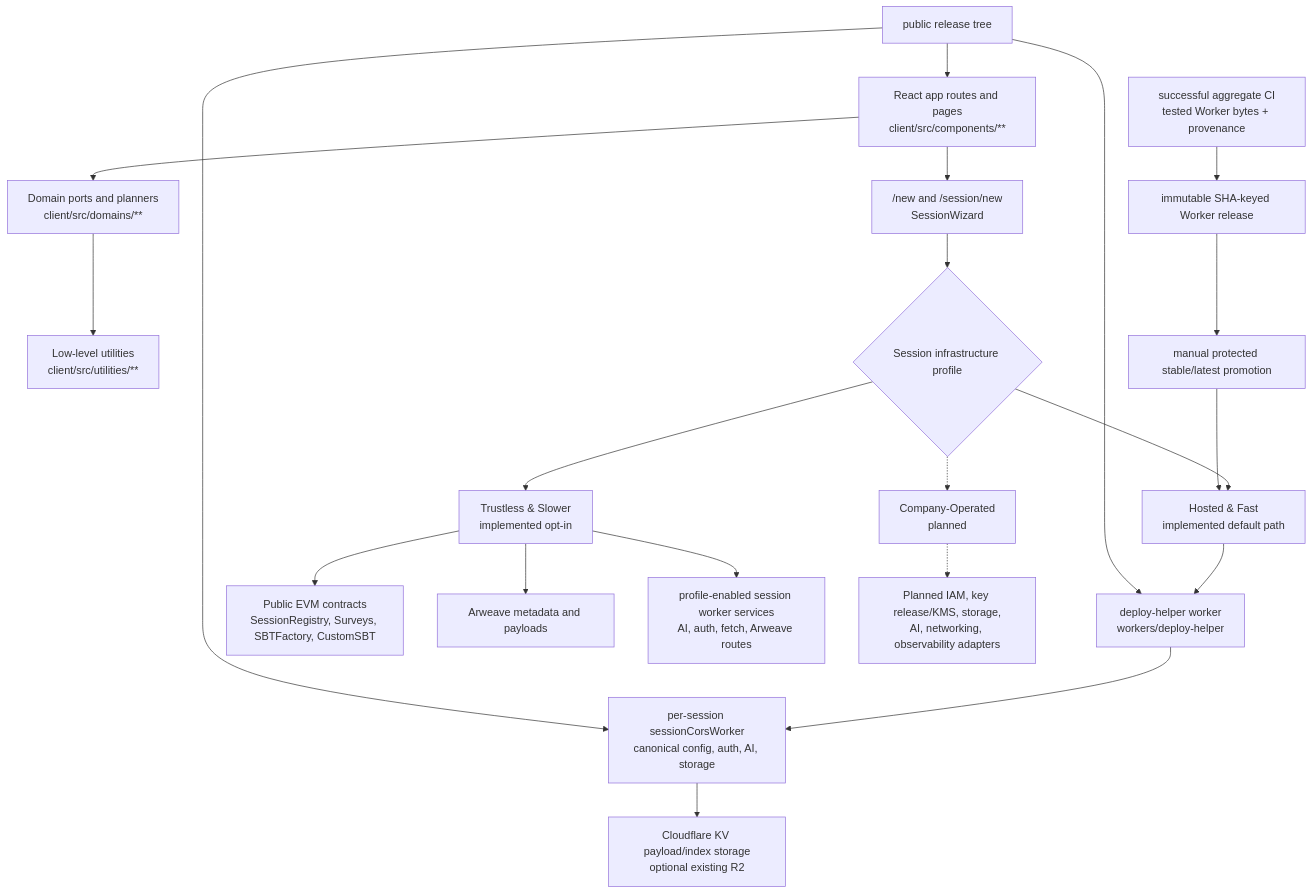
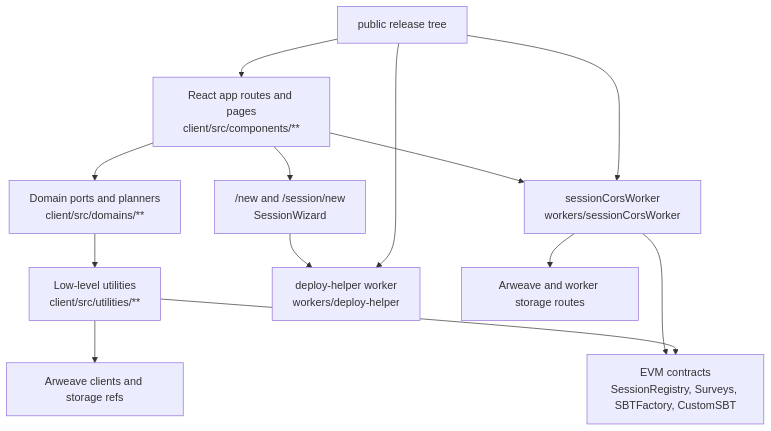
Before and after one commit to AgalmicSoftware/context-engine: the diagram in docs/architecture-overview.md, drawn with Mermaid. The commit also changed other lines of this file and 27 other files, not shown here.

````diff
--- a/docs/architecture-overview.md
+++ b/docs/architecture-overview.md
@@ -24,23 +24,15 @@
 ```mermaid
 flowchart TD
   Browser["React app routes and pages<br/>client/src/components/**"] --> Domains["Domain ports and planners<br/>client/src/domains/**"]
   Domains --> Utilities["Low-level utilities<br/>client/src/utilities/**"]
   Browser --> Wizard["/new and /session/new<br/>SessionWizard"]
-  Wizard --> ProfileChoice{"Session infrastructure profile"}
-  ProfileChoice --> Hosted["Hosted & Fast<br/>implemented default path"]
-  ProfileChoice --> Trustless["Trustless & Slower<br/>implemented opt-in"]
-  ProfileChoice -.-> Company["Company-Operated<br/>planned"]
-  Hosted --> DeployHelper["deploy-helper worker<br/>workers/deploy-helper"]
-  DeployHelper --> HostedWorker["per-session sessionCorsWorker<br/>canonical config, auth, AI, storage"]
-  HostedWorker --> CloudflareStorage["Cloudflare KV payload/index storage<br/>optional existing R2"]
-  Trustless --> Contracts["Public EVM contracts<br/>SessionRegistry, Surveys, SBTFactory, CustomSBT"]
-  Trustless --> Arweave["Arweave metadata and payloads"]
-  Trustless --> WorkerServices["profile-enabled session worker services<br/>AI, auth, fetch, Arweave routes"]
-  Company -.-> OrgAdapters["Planned IAM, key release/KMS, storage,<br/>AI, networking, observability adapters"]
+  Wizard --> DeployHelper["deploy-helper worker<br/>workers/deploy-helper"]
+  Browser --> SessionWorker["sessionCorsWorker<br/>workers/sessionCorsWorker"]
+  SessionWorker --> Storage["Arweave and worker storage routes"]
+  SessionWorker --> Contracts["EVM contracts<br/>SessionRegistry, Surveys, SBTFactory, CustomSBT"]
+  Utilities --> Contracts
+  Utilities --> Arweave["Arweave clients and storage refs"]
   PublicRelease["public release tree"] --> Browser
-  PublicRelease --> HostedWorker
+  PublicRelease --> SessionWorker
   PublicRelease --> DeployHelper
-  AggregateCI["successful aggregate CI<br/>tested Worker bytes + provenance"] --> ImmutableWorkerRelease["immutable SHA-keyed Worker release"]
-  ImmutableWorkerRelease --> ProtectedPromotion["manual protected stable/latest promotion"]
-  ProtectedPromotion --> Hosted
 ```
````
